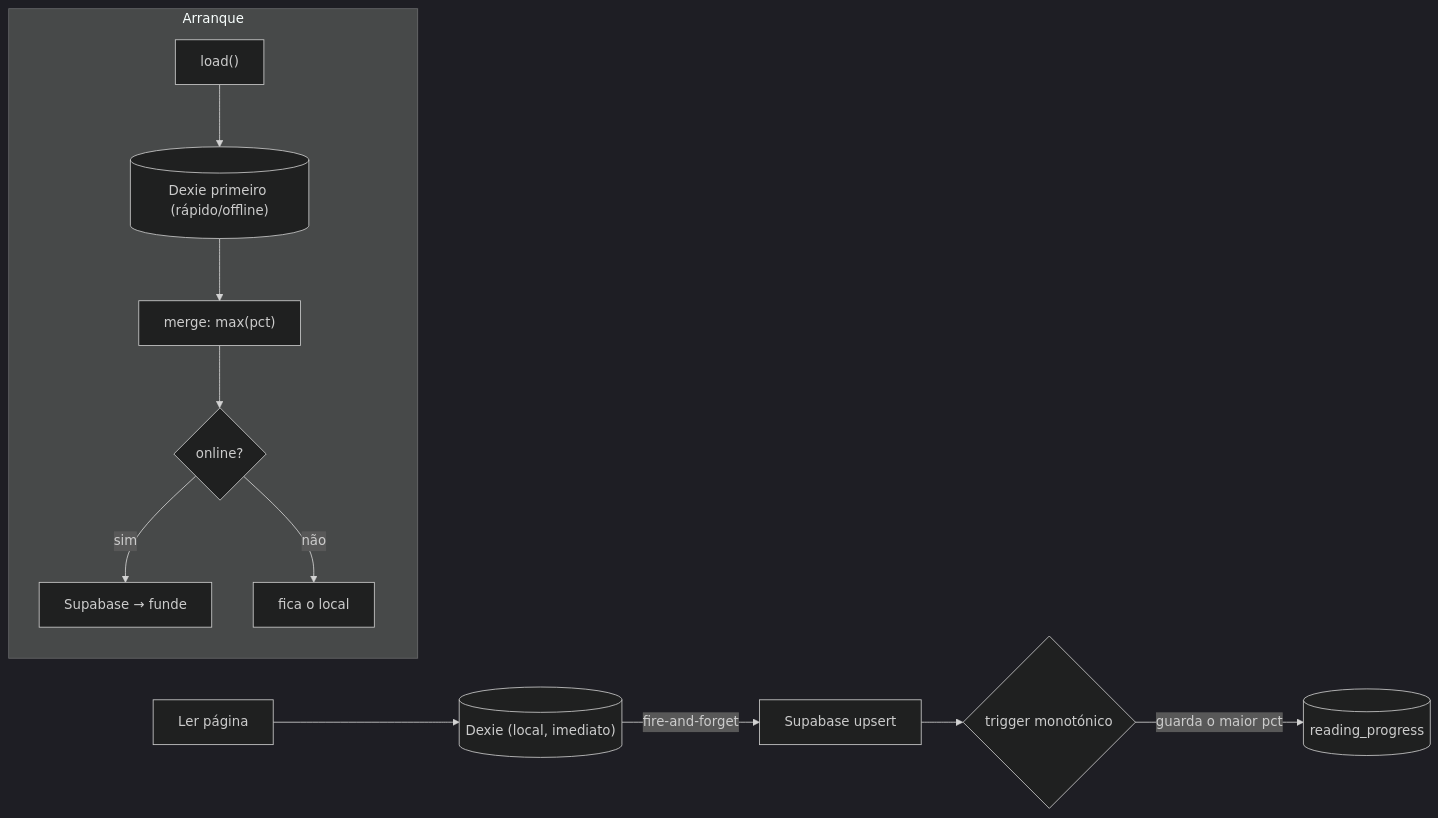
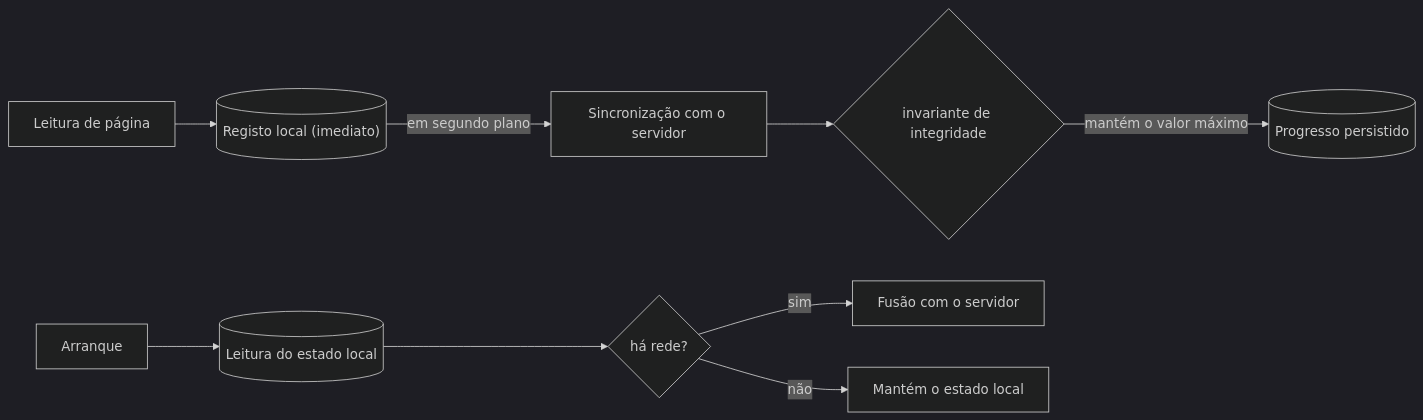
The seventh of 10 diagrams in docs/RELATORIO.md (juniorclesionguni-source/zuri), drawn with Mermaid (dark theme) before and after one commit. The commit also changed other lines of this file and 8 other files, not shown here.

````diff
--- a/docs/RELATORIO.md
+++ b/docs/RELATORIO.md
@@ -342,14 +340,11 @@
 ```mermaid
 flowchart LR
-  R["Ler página"] --> L[("Dexie (local, imediato)")]
-  L -->|"fire-and-forget"| S["Supabase upsert"]
-  S --> T{"trigger monotónico"}
-  T -->|"guarda o maior pct"| PG[("reading_progress")]
-  subgraph Arranque
-    A["load()"] --> L2[("Dexie primeiro (rápido/offline)")]
-    L2 --> Merge["merge: max(pct)"]
-    Merge --> Online{"online?"}
-    Online -->|sim| Fetch["Supabase → funde"]
-    Online -->|não| Keep["fica o local"]
-  end
+  R["Leitura de página"] --> L[("Registo local (imediato)")]
+  L -->|"em segundo plano"| S["Sincronização com o servidor"]
+  S --> T{"invariante de integridade"}
+  T -->|"mantém o valor máximo"| PG[("Progresso persistido")]
+  A["Arranque"] --> L2[("Leitura do estado local")]
+  L2 --> Online{"há rede?"}
+  Online -->|sim| Fusao["Fusão com o servidor"]
+  Online -->|não| Local["Mantém o estado local"]
 ```
````
